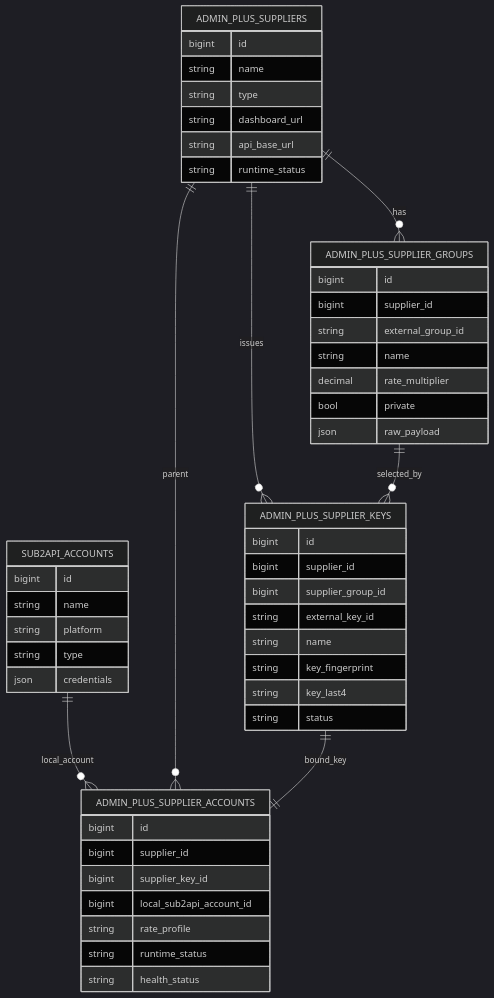
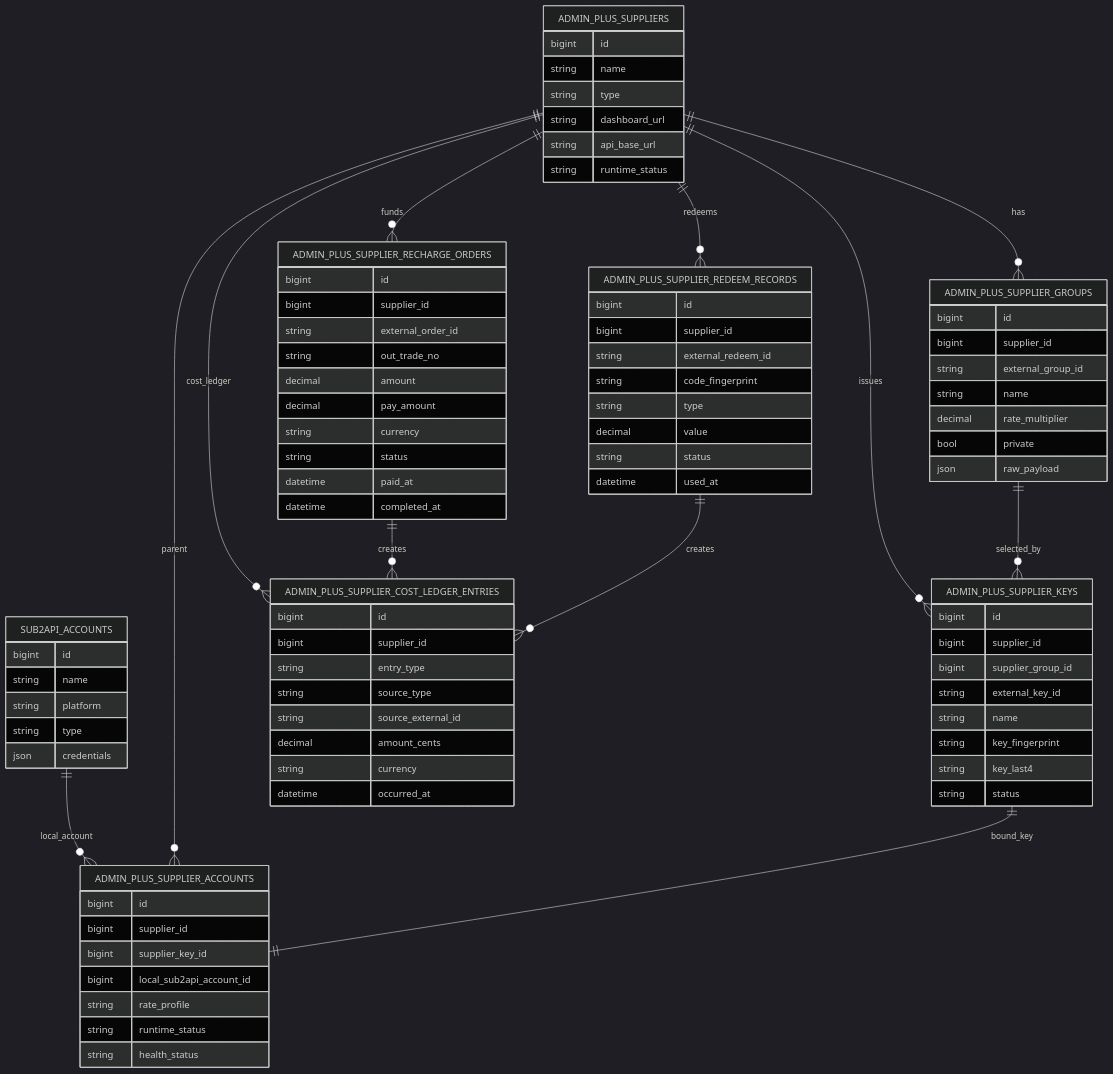
One commit to openrelayllm/sub2api-admin-plus changed the fifth of 20 diagrams in docs/roadmap/accounts/README.md. Above: the diagram before and after it, drawn with Mermaid (dark theme). The commit also changed other lines of this file and 1 other file, not shown here.

Commit message:
docs: update supplier cost roadmap

````diff
--- a/docs/roadmap/accounts/README.md
+++ b/docs/roadmap/accounts/README.md
@@ -173,6 +182,11 @@
   SUB2API_ACCOUNTS ||--o{ ADMIN_PLUS_SUPPLIER_ACCOUNTS : local_account
   ADMIN_PLUS_SUPPLIERS ||--o{ ADMIN_PLUS_SUPPLIER_ACCOUNTS : parent
   ADMIN_PLUS_SUPPLIER_KEYS ||--|| ADMIN_PLUS_SUPPLIER_ACCOUNTS : bound_key
+  ADMIN_PLUS_SUPPLIERS ||--o{ ADMIN_PLUS_SUPPLIER_RECHARGE_ORDERS : funds
+  ADMIN_PLUS_SUPPLIERS ||--o{ ADMIN_PLUS_SUPPLIER_REDEEM_RECORDS : redeems
+  ADMIN_PLUS_SUPPLIERS ||--o{ ADMIN_PLUS_SUPPLIER_COST_LEDGER_ENTRIES : cost_ledger
+  ADMIN_PLUS_SUPPLIER_RECHARGE_ORDERS ||--o{ ADMIN_PLUS_SUPPLIER_COST_LEDGER_ENTRIES : creates
+  ADMIN_PLUS_SUPPLIER_REDEEM_RECORDS ||--o{ ADMIN_PLUS_SUPPLIER_COST_LEDGER_ENTRIES : creates
 
   ADMIN_PLUS_SUPPLIERS {
     bigint id
@@ -221,4 +235,39 @@
     string runtime_status
     string health_status
   }
+
+  ADMIN_PLUS_SUPPLIER_RECHARGE_ORDERS {
+    bigint id
+    bigint supplier_id
+    string external_order_id
+    string out_trade_no
+    decimal amount
+    decimal pay_amount
+    string currency
+    string status
+    datetime paid_at
+    datetime completed_at
+  }
+
+  ADMIN_PLUS_SUPPLIER_REDEEM_RECORDS {
+    bigint id
+    bigint supplier_id
+    string external_redeem_id
+    string code_fingerprint
+    string type
+    decimal value
+    string status
+    datetime used_at
+  }
+
+  ADMIN_PLUS_SUPPLIER_COST_LEDGER_ENTRIES {
+    bigint id
+    bigint supplier_id
+    string entry_type
+    string source_type
+    string source_external_id
+    decimal amount_cents
+    string currency
+    datetime occurred_at
+  }
 ```
````
